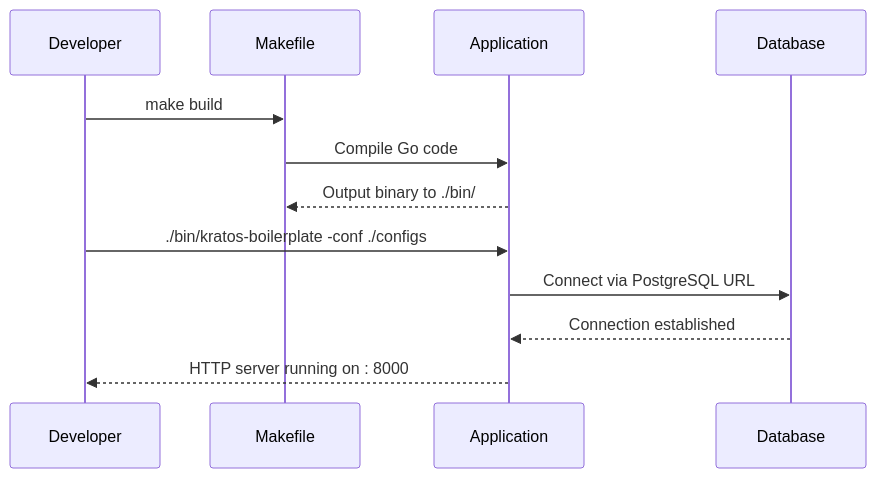
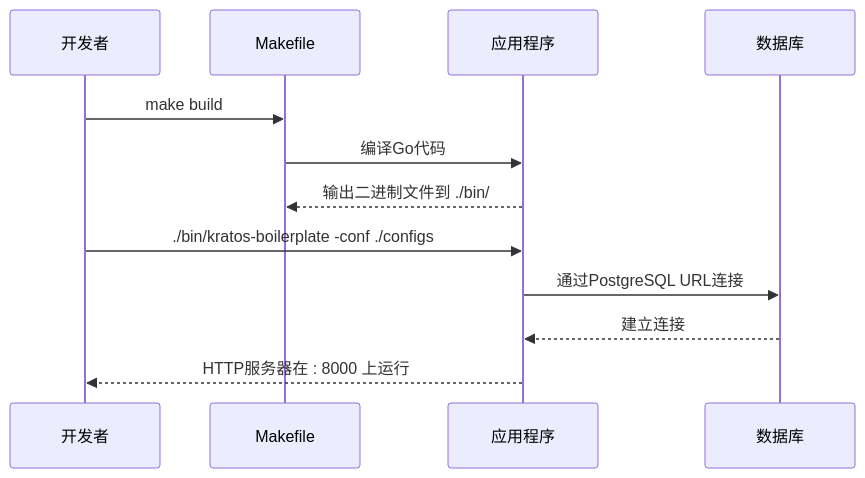
One commit to 26huitailang/kratos-boilerplate changed the second of 2 diagrams in .qoder/repowiki/zh/content/Getting Started.md. Above: the diagram before and after it, drawn with Mermaid. The commit also changed other lines of this file and 62 other files, not shown here.

````diff
--- a/.qoder/repowiki/zh/content/Getting Started.md
+++ b/.qoder/repowiki/zh/content/Getting Started.md
@@ -144,14 +144,14 @@
 ```mermaid
 sequenceDiagram
-participant User as Developer
+participant User as 开发者
 participant Make as Makefile
-participant App as Application
-participant DB as Database
+participant App as 应用程序
+participant DB as 数据库
 User->>Make : make build
-Make->>App : Compile Go code
-App-->>Make : Output binary to ./bin/
+Make->>App : 编译Go代码
+App-->>Make : 输出二进制文件到 ./bin/
 User->>App : ./bin/kratos-boilerplate -conf ./configs
-App->>DB : Connect via PostgreSQL URL
-DB-->>App : Connection established
-App-->>User : HTTP server running on : 8000
+App->>DB : 通过PostgreSQL URL连接
+DB-->>App : 建立连接
+App-->>User : HTTP服务器在 : 8000 上运行
 ```
````
